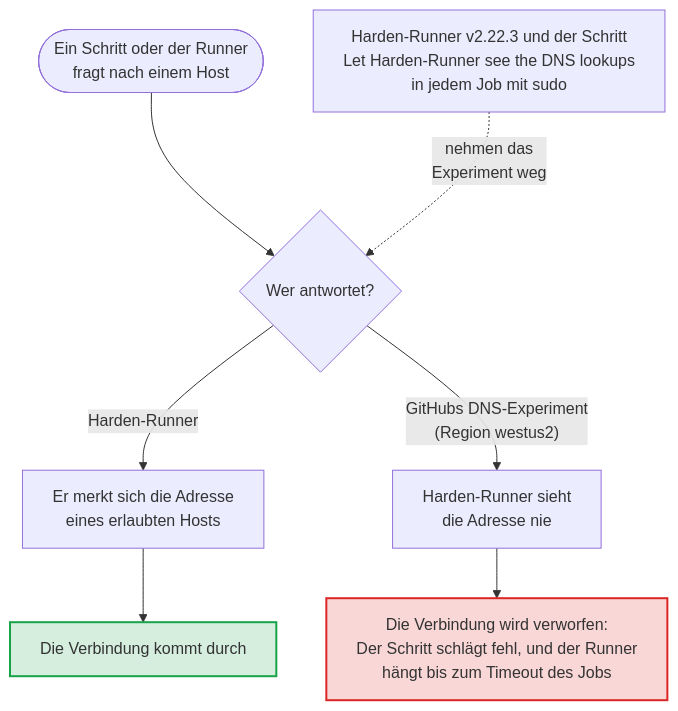
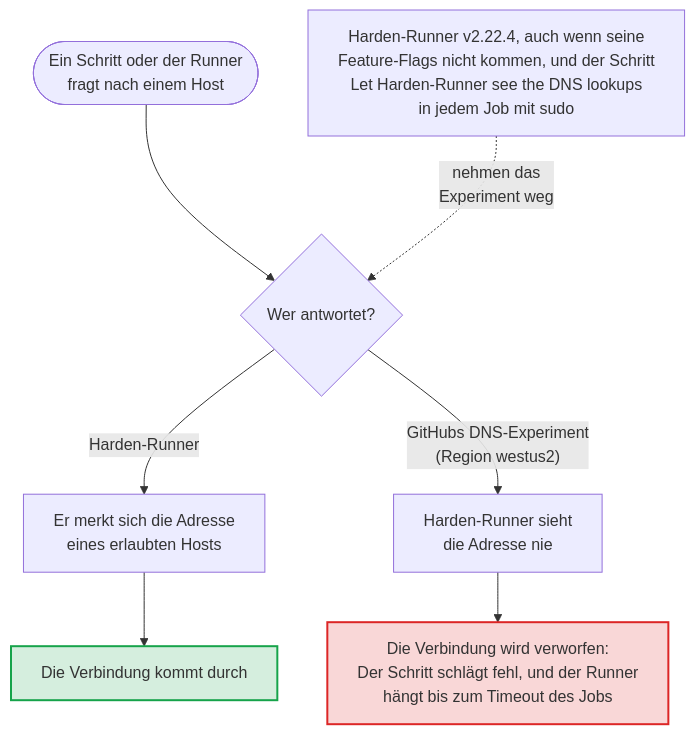
One commit to Dennis-Otto/homedarts-for-autodarts changed the diagram in docs/diagrams/harden-runner-dns.de.mmd. Above: the diagram before and after it, drawn with Mermaid. The commit also changed 20 other files, not shown here.

```diff
--- a/docs/diagrams/harden-runner-dns.de.mmd
+++ b/docs/diagrams/harden-runner-dns.de.mmd
@@ -1,18 +1,18 @@
 ---
 config:
   flowchart:
     wrappingWidth: 400
 ---
 flowchart TB
   accTitle: Warum Harden-Runner die DNS-Abfragen eines Jobs sehen muss
-  accDescr: Ein Schritt oder der Runner fragt nach einem Host. Antwortet Harden-Runner, merkt er sich die Adresse eines erlaubten Hosts, und die Verbindung kommt durch. Auf einem Runner mit GitHubs DNS-Experiment, bisher in der Region westus2, antwortet ein anderer Resolver. Harden-Runner sieht die Adresse nie und verwirft die Verbindung, also schlägt der Schritt fehl, und der Runner hängt bis zum Timeout des Jobs. Harden-Runner seit v2.22.3, wenn seine Feature-Flags innerhalb von 3 Sekunden kommen, und der Schritt nach ihm in jedem Job mit sudo nehmen das Experiment weg.
+  accDescr: Ein Schritt oder der Runner fragt nach einem Host. Antwortet Harden-Runner, merkt er sich die Adresse eines erlaubten Hosts, und die Verbindung kommt durch. Auf einem Runner mit GitHubs DNS-Experiment, bisher in der Region westus2, antwortet ein anderer Resolver. Harden-Runner sieht die Adresse nie und verwirft die Verbindung, also schlägt der Schritt fehl, und der Runner hängt bis zum Timeout des Jobs. Harden-Runner seit v2.22.4, auch wenn seine Feature-Flags nicht kommen, und der Schritt nach ihm in jedem Job mit sudo nehmen das Experiment weg.
   LOOKUP(["Ein Schritt oder der Runner<br/>fragt nach einem Host"]) --> WHO{"Wer antwortet?"}
   WHO -- "Harden-Runner" --> SEEN["Er merkt sich die Adresse<br/>eines erlaubten Hosts"]
   SEEN --> PASS["Die Verbindung kommt durch"]
   WHO -- "GitHubs DNS-Experiment<br/>(Region westus2)" --> HIDDEN["Harden-Runner sieht<br/>die Adresse nie"]
   HIDDEN --> DROP["Die Verbindung wird verworfen:<br/>Der Schritt schlägt fehl, und der Runner<br/>hängt bis zum Timeout des Jobs"]
-  FIX["Harden-Runner v2.22.3 und der Schritt<br/>Let Harden-Runner see the DNS lookups<br/>in jedem Job mit sudo"] -. "nehmen das<br/>Experiment weg" .-> WHO
+  FIX["Harden-Runner v2.22.4, auch wenn seine<br/>Feature-Flags nicht kommen, und der Schritt<br/>Let Harden-Runner see the DNS lookups<br/>in jedem Job mit sudo"] -. "nehmen das<br/>Experiment weg" .-> WHO
   classDef done fill:#16a34a2e,stroke:#16a34a,stroke-width:2px
   classDef problem fill:#dc26262e,stroke:#dc2626,stroke-width:2px
   class PASS done
   class DROP problem
```
